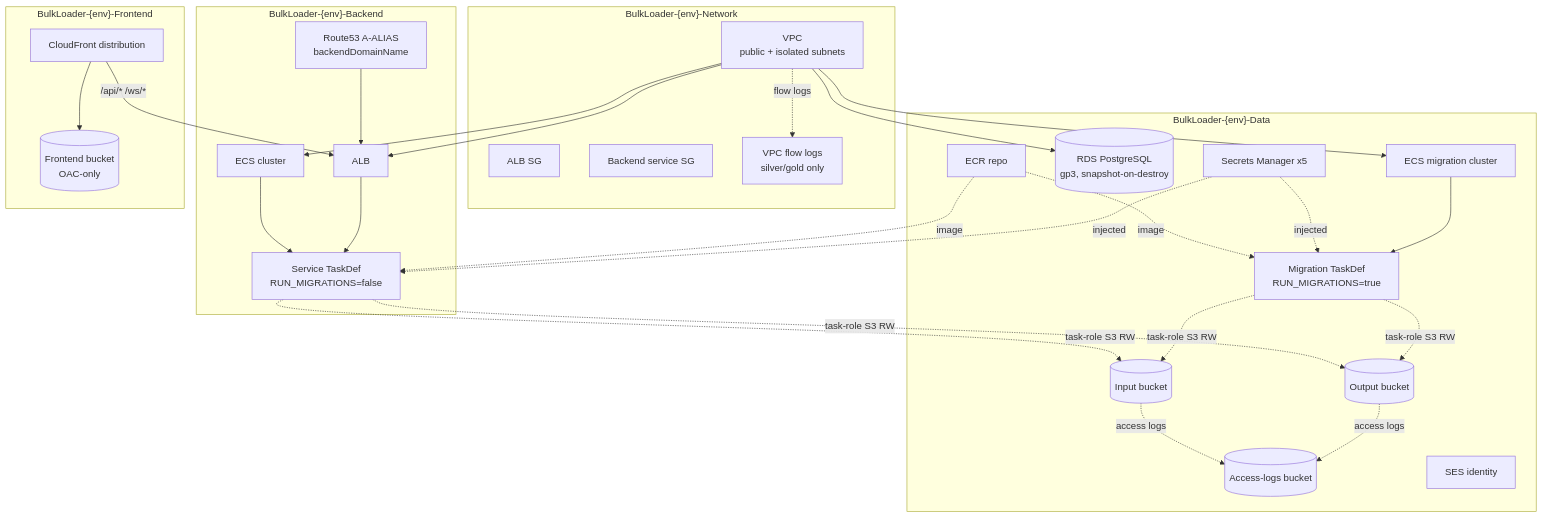
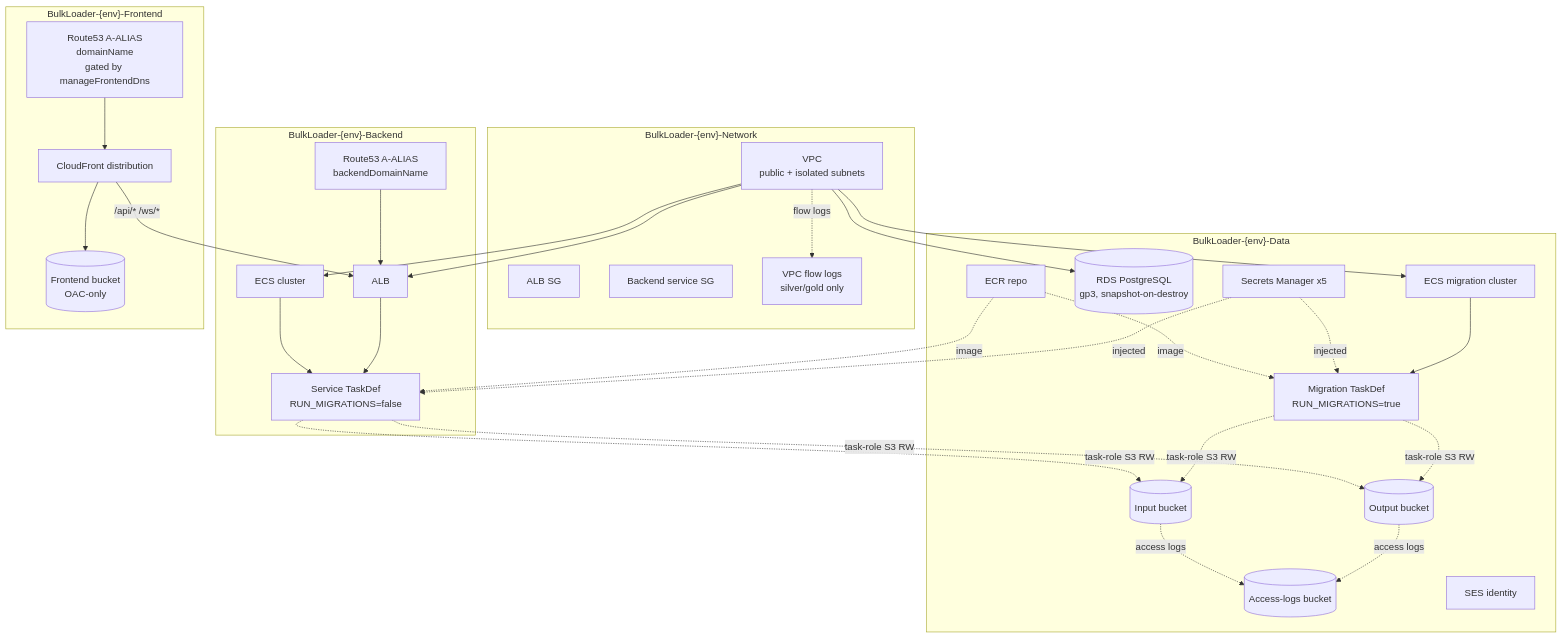
Before and after one commit to eelywasa/sf-bulk-loader: the second of 4 diagrams in docs/architecture/aws-topology.md, drawn with Mermaid. The commit also changed other lines of this file and 14 other files, not shown here.

First line of the commit message:
SFBL-390: manage frontend apex DNS alias in IaC (both flavours) (#109)

````diff
--- a/docs/architecture/aws-topology.md
+++ b/docs/architecture/aws-topology.md
@@ -44,55 +44,57 @@
 ```mermaid
 flowchart TB
   subgraph network["BulkLoader-#123;env#125;-Network"]
     vpc[VPC<br/>public + isolated subnets]
     sgalb[ALB SG]
     sgsvc[Backend service SG]
     flowlog[VPC flow logs<br/>silver/gold only]
   end
 
   subgraph data["BulkLoader-#123;env#125;-Data"]
     ecr[ECR repo]
     rds[(RDS PostgreSQL<br/>gp3, snapshot-on-destroy)]
     s3in[(Input bucket)]
     s3out[(Output bucket)]
     s3logs[(Access-logs bucket)]
     secrets[Secrets Manager x5]
     sesId[SES identity]
     migcluster[ECS migration cluster]
     migtd[Migration TaskDef<br/>RUN_MIGRATIONS=true]
   end
 
   subgraph backend["BulkLoader-#123;env#125;-Backend"]
     cluster[ECS cluster]
     svctd[Service TaskDef<br/>RUN_MIGRATIONS=false]
     alb[ALB]
     routeApi[Route53 A-ALIAS<br/>backendDomainName]
   end
 
   subgraph frontend["BulkLoader-#123;env#125;-Frontend"]
     s3fe[(Frontend bucket<br/>OAC-only)]
     cfDist[CloudFront distribution]
+    routeFe[Route53 A-ALIAS<br/>domainName<br/>gated by manageFrontendDns]
   end
 
   vpc --> rds
   vpc --> alb
   vpc --> cluster
   vpc --> migcluster
   vpc -.flow logs.-> flowlog
   s3in -.access logs.-> s3logs
   s3out -.access logs.-> s3logs
   ecr -.image.-> svctd
   ecr -.image.-> migtd
   secrets -.injected.-> svctd
   secrets -.injected.-> migtd
   cluster --> svctd
   migcluster --> migtd
   alb --> svctd
   svctd -.task-role S3 RW.-> s3in
   svctd -.task-role S3 RW.-> s3out
   migtd -.task-role S3 RW.-> s3in
   migtd -.task-role S3 RW.-> s3out
   cfDist --> s3fe
   cfDist -->|"/api/* /ws/*"| alb
   routeApi --> alb
+  routeFe --> cfDist
 ```
````
